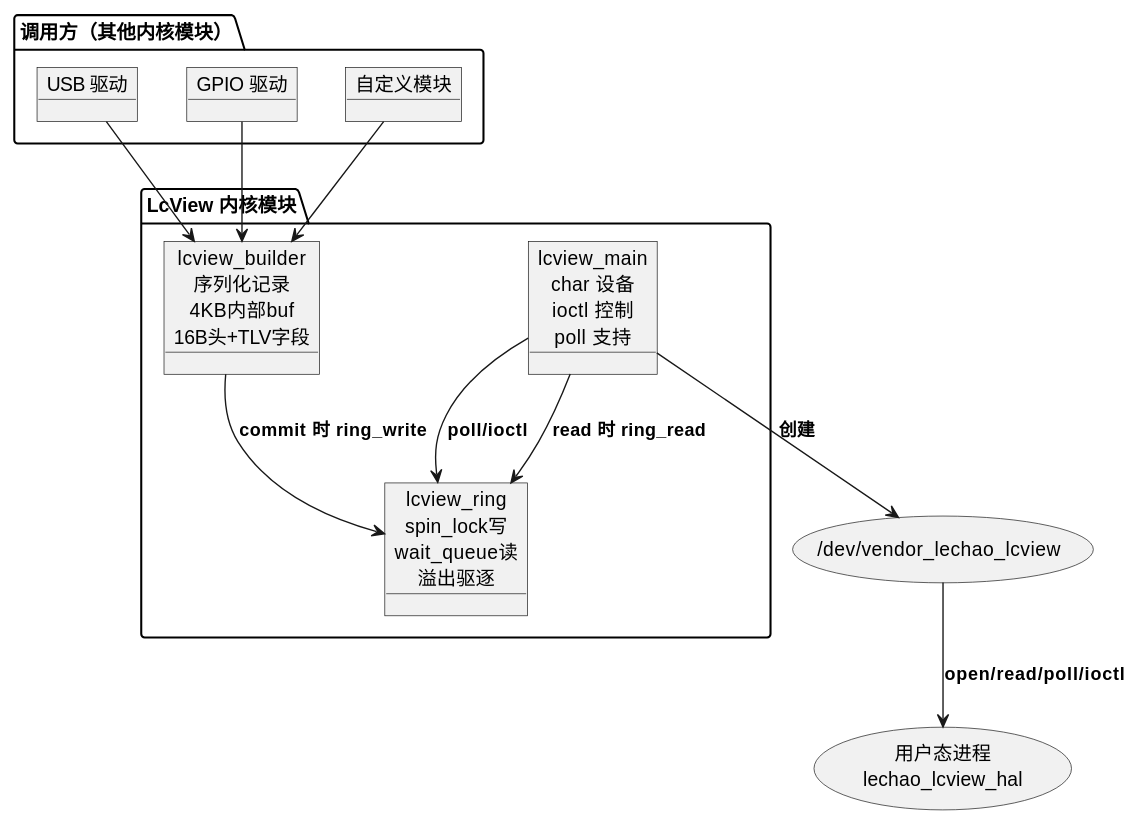
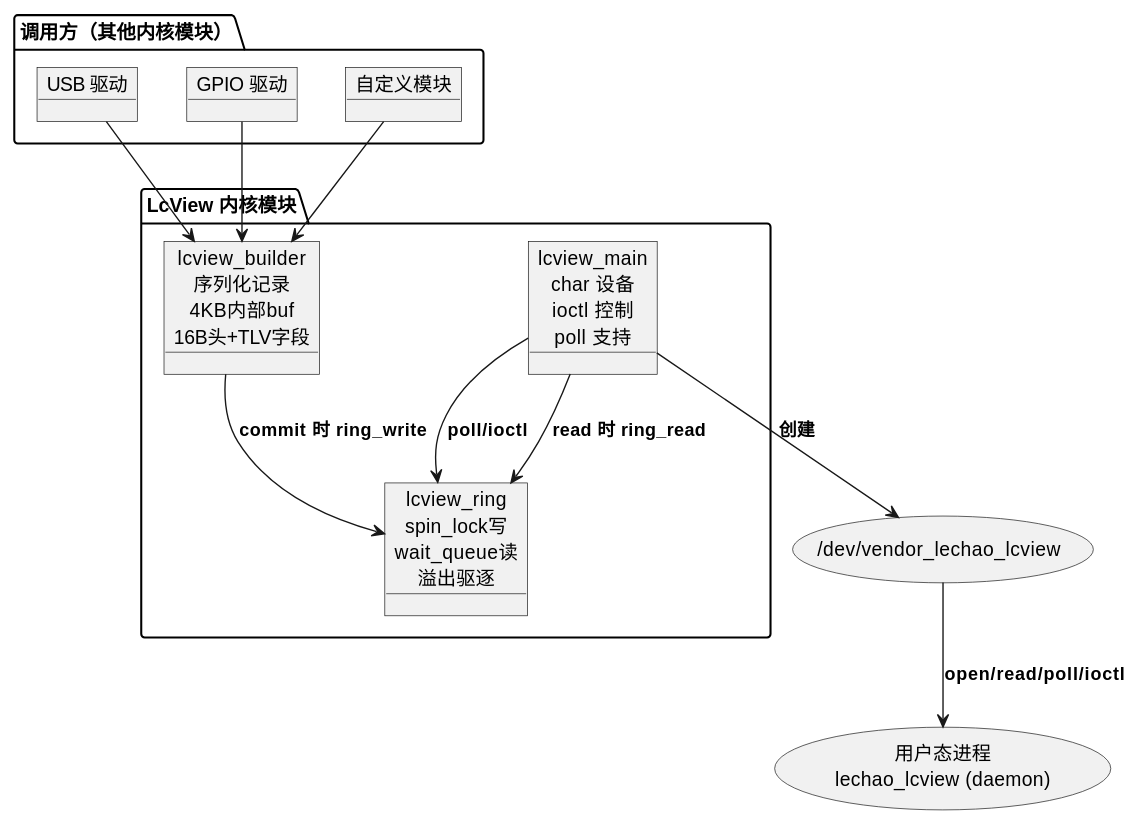
Before and after one commit to lechao365/AndroidSystemEnhance: the fifth of 16 diagrams in docs/01-打点增强/01.01-内核态增强-lcview-kernel.md, drawn with PlantUML. The commit also changed other lines of this file and 199 other files, not shown here.

````diff
--- a/docs/01-打点增强/01.01-内核态增强-lcview-kernel.md
+++ b/docs/01-打点增强/01.01-内核态增强-lcview-kernel.md
@@ -131,30 +131,30 @@
 ```plantuml
 @startuml
 allowmixing
 package "调用方（其他内核模块）" as callers {
     object "USB 驱动" as USB
     object "GPIO 驱动" as GPIO
     object "自定义模块" as CUSTOM
 }
 
 package "LcView 内核模块" as lcview {
     object "lcview_builder\n序列化记录\n4KB内部buf\n16B头+TLV字段" as BUILDER
     object "lcview_ring\nspin_lock写\nwait_queue读\n溢出驱逐" as RING
     object "lcview_main\nchar 设备\nioctl 控制\npoll 支持" as MAIN
 }
 
 usecase "/dev/vendor_lechao_lcview" as DEV
-usecase "用户态进程\nlechao_lcview_hal" as USER
+usecase "用户态进程\nlechao_lcview (daemon)" as USER
 
 USB --> BUILDER
 GPIO --> BUILDER
 CUSTOM --> BUILDER
 
 BUILDER --> RING : **commit 时 ring_write**
 MAIN --> RING : **read 时 ring_read**
 MAIN --> RING : **poll/ioctl**
 
 MAIN --> DEV : **创建**
 DEV --> USER : **open/read/poll/ioctl**
 @enduml
 ```
````
